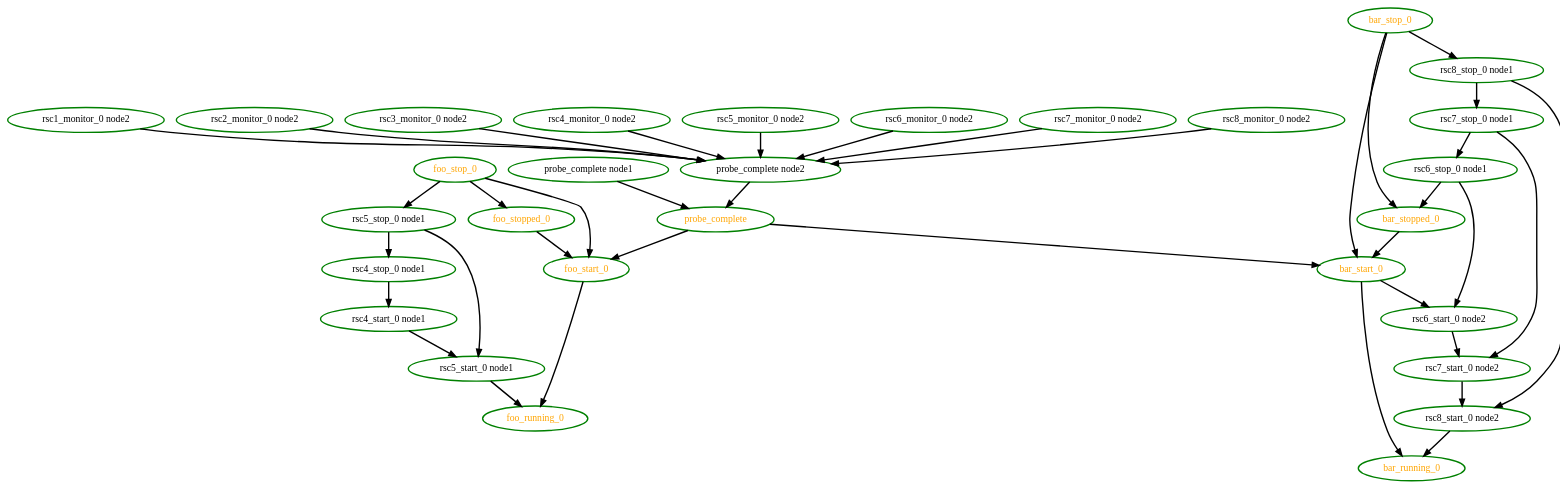
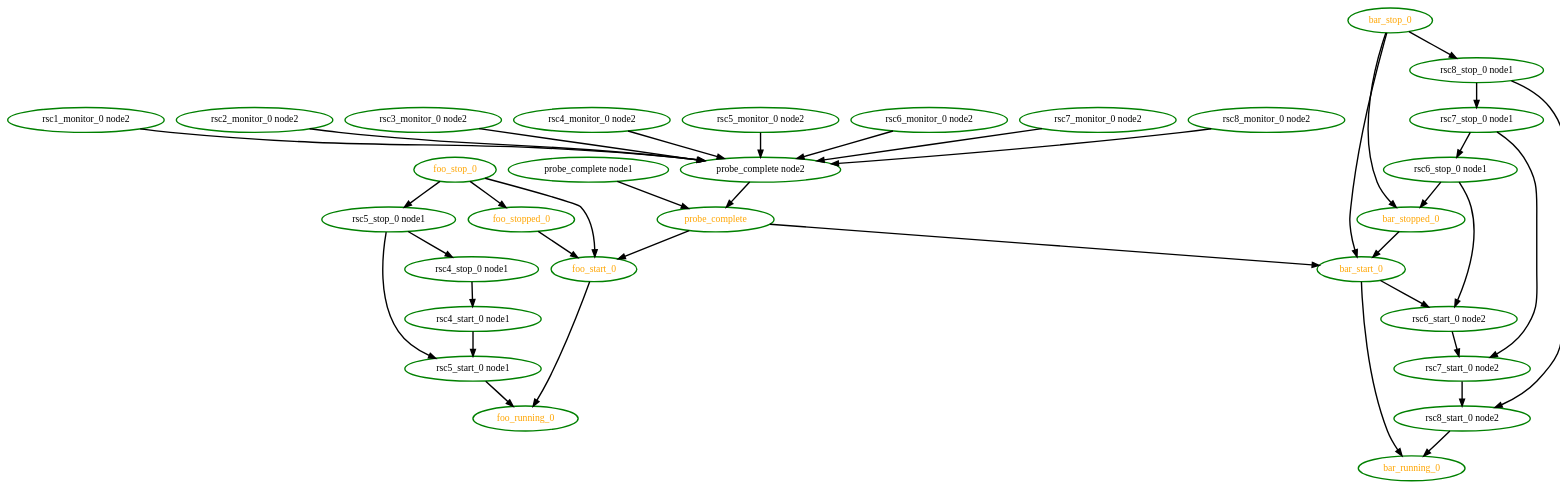
Before and after one commit to richiewen8/heartbeat: the diagram in crm/pengine/testcases/group9.dot, drawn with Graphviz. The commit also changed other lines of this file and 46 other files, not shown here.

```diff
--- a/crm/pengine/testcases/group9.dot
+++ b/crm/pengine/testcases/group9.dot
@@ -1,69 +1,69 @@
 digraph "g" {
 	size = "30,30"
 "rsc4_stop_0 node1" [ style=bold color="green" fontcolor="black" ]
 "rsc7_stop_0 node1" [ style=bold color="green" fontcolor="black" ]
 "probe_complete" [ style=bold color="green" fontcolor="orange" ]
 "probe_complete node1" [ style=bold color="green" fontcolor="black" ]
 "probe_complete node2" [ style=bold color="green" fontcolor="black" ]
 "rsc1_monitor_0 node2" [ style=bold color="green" fontcolor="black" ]
 "rsc2_monitor_0 node2" [ style=bold color="green" fontcolor="black" ]
 "rsc3_monitor_0 node2" [ style=bold color="green" fontcolor="black" ]
 "rsc4_monitor_0 node2" [ style=bold color="green" fontcolor="black" ]
 "rsc5_monitor_0 node2" [ style=bold color="green" fontcolor="black" ]
 "rsc6_monitor_0 node2" [ style=bold color="green" fontcolor="black" ]
 "rsc7_monitor_0 node2" [ style=bold color="green" fontcolor="black" ]
 "rsc8_monitor_0 node2" [ style=bold color="green" fontcolor="black" ]
-"rsc4_start_0 node1" [ style=bold color="green" fontcolor="black" ]
 "rsc5_stop_0 node1" [ style=bold color="green" fontcolor="black" ]
 "rsc5_start_0 node1" [ style=bold color="green" fontcolor="black" ]
+"rsc4_start_0 node1" [ style=bold color="green" fontcolor="black" ]
 "foo_start_0" [ style=bold color="green" fontcolor="orange" ]
 "foo_running_0" [ style=bold color="green" fontcolor="orange" ]
 "foo_stop_0" [ style=bold color="green" fontcolor="orange" ]
 "foo_stopped_0" [ style=bold color="green" fontcolor="orange" ]
+"rsc8_stop_0 node1" [ style=bold color="green" fontcolor="black" ]
+"rsc8_start_0 node2" [ style=bold color="green" fontcolor="black" ]
+"rsc7_start_0 node2" [ style=bold color="green" fontcolor="black" ]
 "rsc6_stop_0 node1" [ style=bold color="green" fontcolor="black" ]
 "rsc6_start_0 node2" [ style=bold color="green" fontcolor="black" ]
-"rsc7_start_0 node2" [ style=bold color="green" fontcolor="black" ]
-"rsc8_stop_0 node1" [ style=bold color="green" fontcolor="black" ]
-"rsc8_start_0 node2" [ style=bold color="green" fontcolor="black" ]
 "bar_start_0" [ style=bold color="green" fontcolor="orange" ]
 "bar_running_0" [ style=bold color="green" fontcolor="orange" ]
 "bar_stop_0" [ style=bold color="green" fontcolor="orange" ]
 "bar_stopped_0" [ style=bold color="green" fontcolor="orange" ]
 "rsc5_stop_0 node1" -> "rsc4_stop_0 node1" [ style = bold]
 "rsc8_stop_0 node1" -> "rsc7_stop_0 node1" [ style = bold]
 "probe_complete node1" -> "probe_complete" [ style = bold]
 "probe_complete node2" -> "probe_complete" [ style = bold]
 "rsc1_monitor_0 node2" -> "probe_complete node2" [ style = bold]
 "rsc2_monitor_0 node2" -> "probe_complete node2" [ style = bold]
 "rsc3_monitor_0 node2" -> "probe_complete node2" [ style = bold]
 "rsc4_monitor_0 node2" -> "probe_complete node2" [ style = bold]
 "rsc5_monitor_0 node2" -> "probe_complete node2" [ style = bold]
 "rsc6_monitor_0 node2" -> "probe_complete node2" [ style = bold]
 "rsc7_monitor_0 node2" -> "probe_complete node2" [ style = bold]
 "rsc8_monitor_0 node2" -> "probe_complete node2" [ style = bold]
+"foo_stop_0" -> "rsc5_stop_0 node1" [ style = bold]
+"rsc5_stop_0 node1" -> "rsc5_start_0 node1" [ style = bold]
+"rsc4_start_0 node1" -> "rsc5_start_0 node1" [ style = bold]
 "rsc4_stop_0 node1" -> "rsc4_start_0 node1" [ style = bold]
-"foo_stop_0" -> "rsc5_stop_0 node1" [ style = bold]
-"rsc4_start_0 node1" -> "rsc5_start_0 node1" [ style = bold]
-"rsc5_stop_0 node1" -> "rsc5_start_0 node1" [ style = bold]
 "probe_complete" -> "foo_start_0" [ style = bold]
 "foo_stop_0" -> "foo_start_0" [ style = bold]
 "foo_stopped_0" -> "foo_start_0" [ style = bold]
 "rsc5_start_0 node1" -> "foo_running_0" [ style = bold]
 "foo_start_0" -> "foo_running_0" [ style = bold]
 "foo_stop_0" -> "foo_stopped_0" [ style = bold]
+"bar_stop_0" -> "rsc8_stop_0 node1" [ style = bold]
+"rsc8_stop_0 node1" -> "rsc8_start_0 node2" [ style = bold]
+"rsc7_start_0 node2" -> "rsc8_start_0 node2" [ style = bold]
+"rsc7_stop_0 node1" -> "rsc7_start_0 node2" [ style = bold]
+"rsc6_start_0 node2" -> "rsc7_start_0 node2" [ style = bold]
 "rsc7_stop_0 node1" -> "rsc6_stop_0 node1" [ style = bold]
 "rsc6_stop_0 node1" -> "rsc6_start_0 node2" [ style = bold]
 "bar_start_0" -> "rsc6_start_0 node2" [ style = bold]
-"rsc7_stop_0 node1" -> "rsc7_start_0 node2" [ style = bold]
-"rsc6_start_0 node2" -> "rsc7_start_0 node2" [ style = bold]
-"bar_stop_0" -> "rsc8_stop_0 node1" [ style = bold]
-"rsc7_start_0 node2" -> "rsc8_start_0 node2" [ style = bold]
-"rsc8_stop_0 node1" -> "rsc8_start_0 node2" [ style = bold]
 "probe_complete" -> "bar_start_0" [ style = bold]
 "bar_stop_0" -> "bar_start_0" [ style = bold]
 "bar_stopped_0" -> "bar_start_0" [ style = bold]
 "rsc8_start_0 node2" -> "bar_running_0" [ style = bold]
 "bar_start_0" -> "bar_running_0" [ style = bold]
 "rsc6_stop_0 node1" -> "bar_stopped_0" [ style = bold]
 "bar_stop_0" -> "bar_stopped_0" [ style = bold]
 }
```
